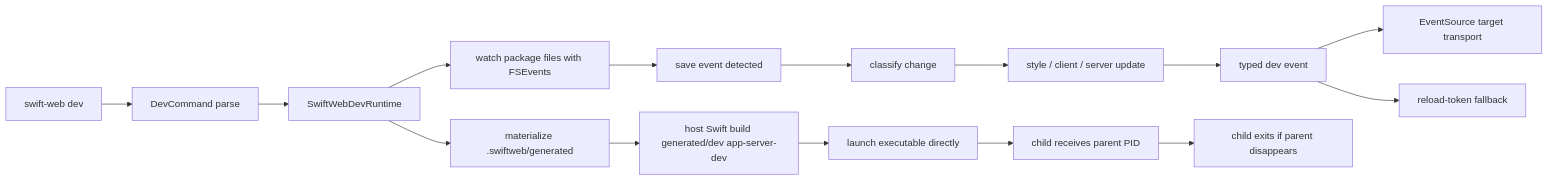
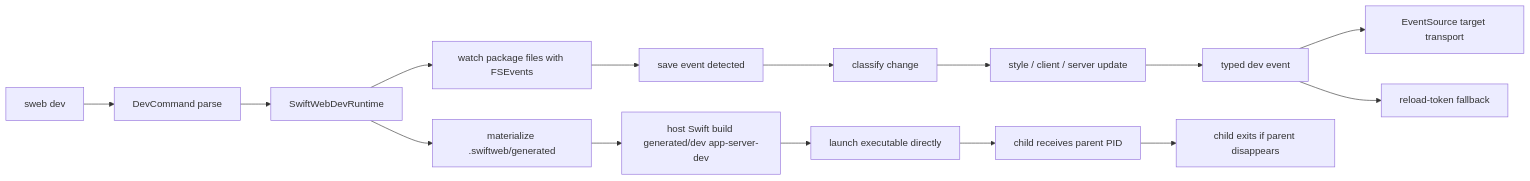
The fourth of 9 diagrams in Sources/SwiftWebCLI/README.md (1amageek/swift-web), drawn with Mermaid before and after one commit. The commit also changed other lines of this file and 24 other files, not shown here.

Commit message:
Rename CLI to sweb and update dev workflow

````diff
--- a/Sources/SwiftWebCLI/README.md
+++ b/Sources/SwiftWebCLI/README.md
@@ -60,17 +81,17 @@
 ```mermaid
 flowchart LR
-  A["swift-web dev"] --> B["DevCommand parse"]
+  A["sweb dev"] --> B["DevCommand parse"]
   B --> C["SwiftWebDevRuntime"]
   C --> D["materialize .swiftweb/generated"]
   D --> E["host Swift build generated/dev app-server-dev"]
   E --> F["launch executable directly"]
   C --> G["watch package files with FSEvents"]
   G --> H["save event detected"]
   H --> I["classify change"]
   I --> J["style / client / server update"]
   J --> T["typed dev event"]
   T --> L["EventSource target transport"]
   T --> M["reload-token fallback"]
   F --> P["child receives parent PID"]
   P --> N["child exits if parent disappears"]
 ```
````
